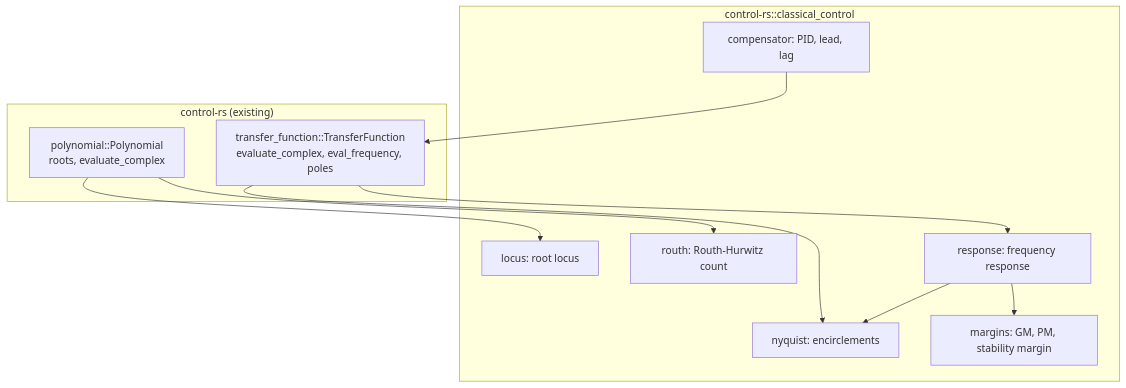
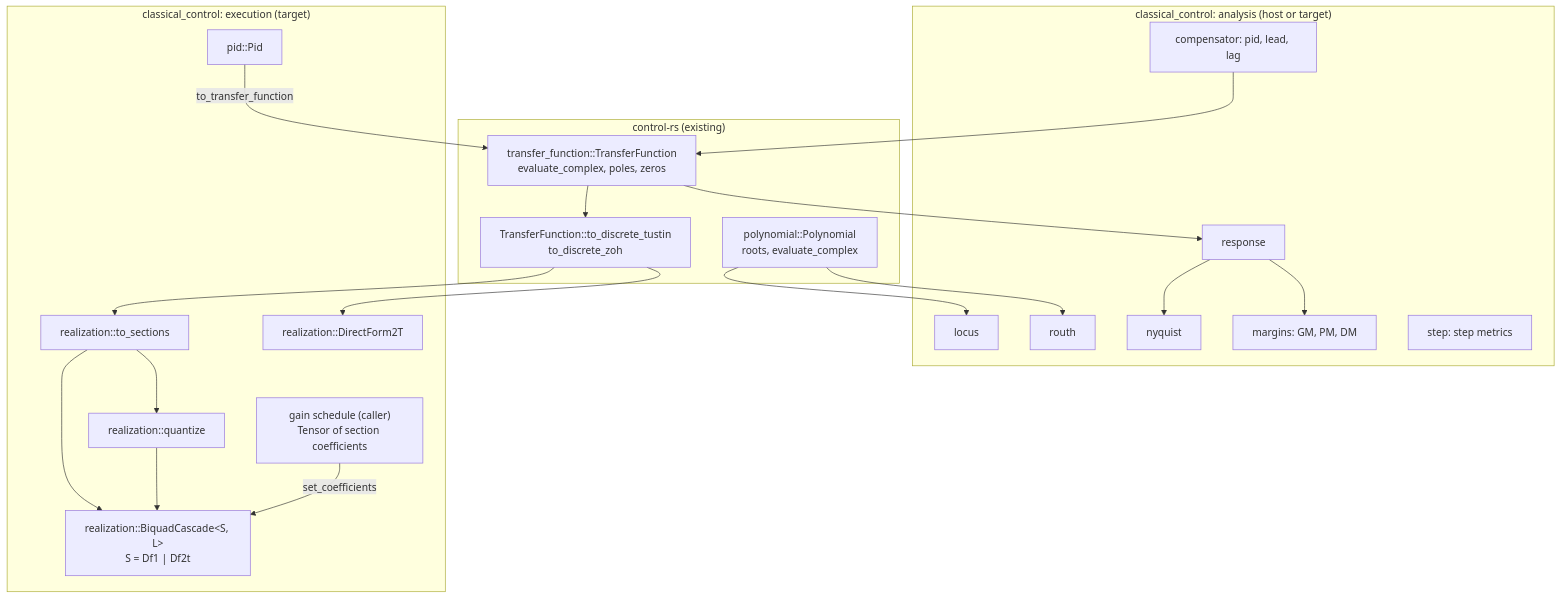
Before and after one commit to Dyse-Industries/control-rs: the first of 2 diagrams in documentation/control-toolboxes/classical-control-design.md, drawn with Mermaid. The commit also changed other lines of this file and 3 other files, not shown here.

First line of the commit message:
Revise classical-control design with firmware realizations and MulAcc

````diff
--- a/documentation/control-toolboxes/classical-control-design.md
+++ b/documentation/control-toolboxes/classical-control-design.md
@@ -100,22 +182,36 @@
 ```mermaid
 flowchart TD
     subgraph models["control-rs (existing)"]
         P["polynomial::Polynomial<br/>roots, evaluate_complex"]
-        TF["transfer_function::TransferFunction<br/>evaluate_complex, eval_frequency, poles"]
+        TF["transfer_function::TransferFunction<br/>evaluate_complex, poles, zeros"]
+        DZ["TransferFunction::to_discrete_tustin<br/>to_discrete_zoh"]
     end
-    subgraph cc["control-rs::classical_control"]
-        RL["locus: root locus"]
-        RH["routh: Routh-Hurwitz count"]
-        FR["response: frequency response"]
-        NY["nyquist: encirclements"]
-        MG["margins: GM, PM, stability margin"]
-        CP["compensator: PID, lead, lag"]
+    subgraph analysis["classical_control: analysis (host or target)"]
+        RL["locus"]
+        RH["routh"]
+        FR["response"]
+        NY["nyquist"]
+        MG["margins: GM, PM, DM"]
+        ST["step: step metrics"]
+        CP["compensator: pid, lead, lag"]
+    end
+    subgraph exec["classical_control: execution (target)"]
+        SOS["realization::to_sections"]
+        DF["realization::DirectForm2T"]
+        BC["realization::BiquadCascade&lt;S, L&gt;<br/>S = Df1 | Df2t"]
+        QZ["realization::quantize"]
+        GS["gain schedule (caller)<br/>Tensor of section coefficients"]
+        PID["pid::Pid"]
     end
     P --> RL
     P --> RH
-    TF --> FR
-    FR --> NY
+    TF --> FR --> NY
     FR --> MG
-    TF --> NY
     CP --> TF
+    TF --> DZ
+    DZ --> DF
+    DZ --> SOS --> BC
+    SOS --> QZ --> BC
+    GS -- set_coefficients --> BC
+    PID -- to_transfer_function --> TF
 ```
````
